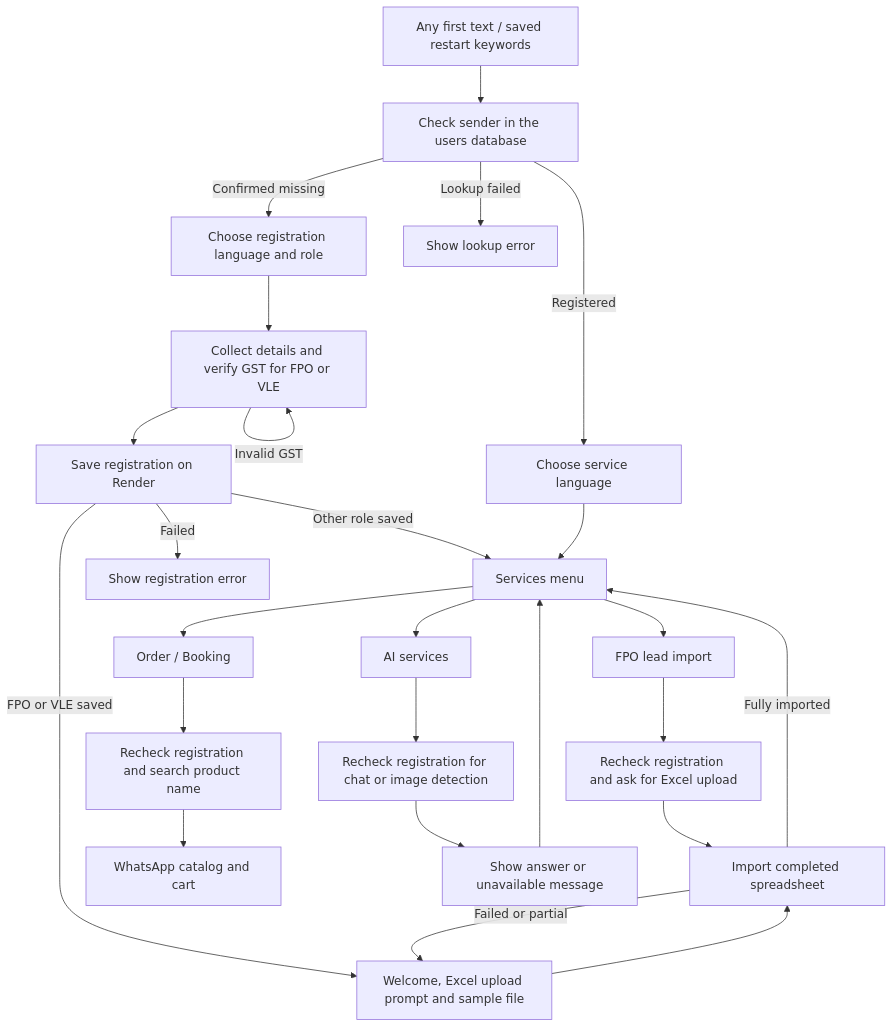
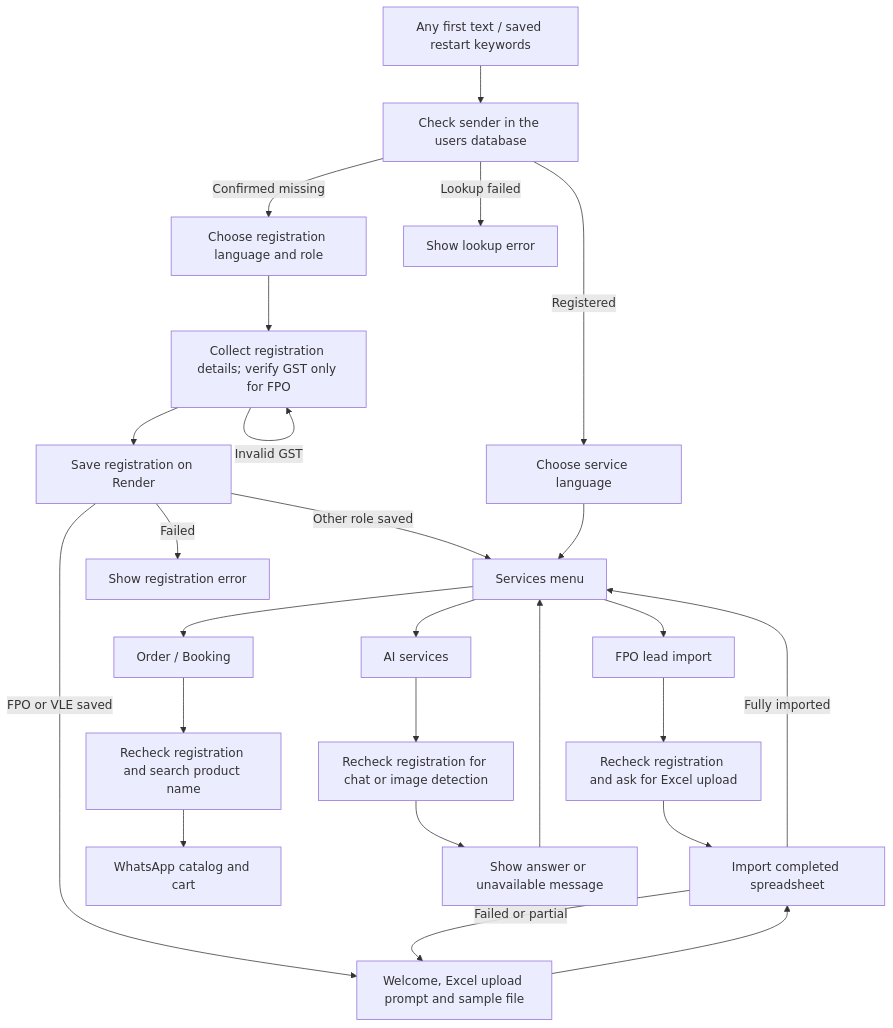
Before and after one commit to Krishivan9900/console_api: the diagram in docs/unified-chatbot-flow.md, drawn with Mermaid. The commit also changed other lines of this file and 5 other files, not shown here.

````diff
--- a/docs/unified-chatbot-flow.md
+++ b/docs/unified-chatbot-flow.md
@@ -5,27 +5,27 @@
 ```mermaid
 flowchart TD
   A[Any first text / saved restart keywords] --> B[Check sender in the users database]
   B -->|Registered| C[Choose service language]
   B -->|Confirmed missing| D[Choose registration language and role]
   B -->|Lookup failed| E[Show lookup error]
-  D --> F[Collect details and verify GST for FPO or VLE]
+  D --> F[Collect registration details; verify GST only for FPO]
   F -->|Invalid GST| F
   F --> G[Save registration on Render]
   G -->|FPO or VLE saved| U[Welcome, Excel upload prompt and sample file]
   U --> V[Import completed spreadsheet]
   V -->|Fully imported| H[Services menu]
   V -->|Failed or partial| U
   G -->|Other role saved| H
   G -->|Failed| I[Show registration error]
   C --> H
   H --> J[Order / Booking]
   H --> K[AI services]
   H --> L[FPO lead import]
   J --> M[Recheck registration and search product name]
   M --> N[WhatsApp catalog and cart]
   K --> O[Recheck registration for chat or image detection]
   O --> P[Show answer or unavailable message]
   P --> H
   L --> Q[Recheck registration and ask for Excel upload]
   Q --> V
 ```
````
